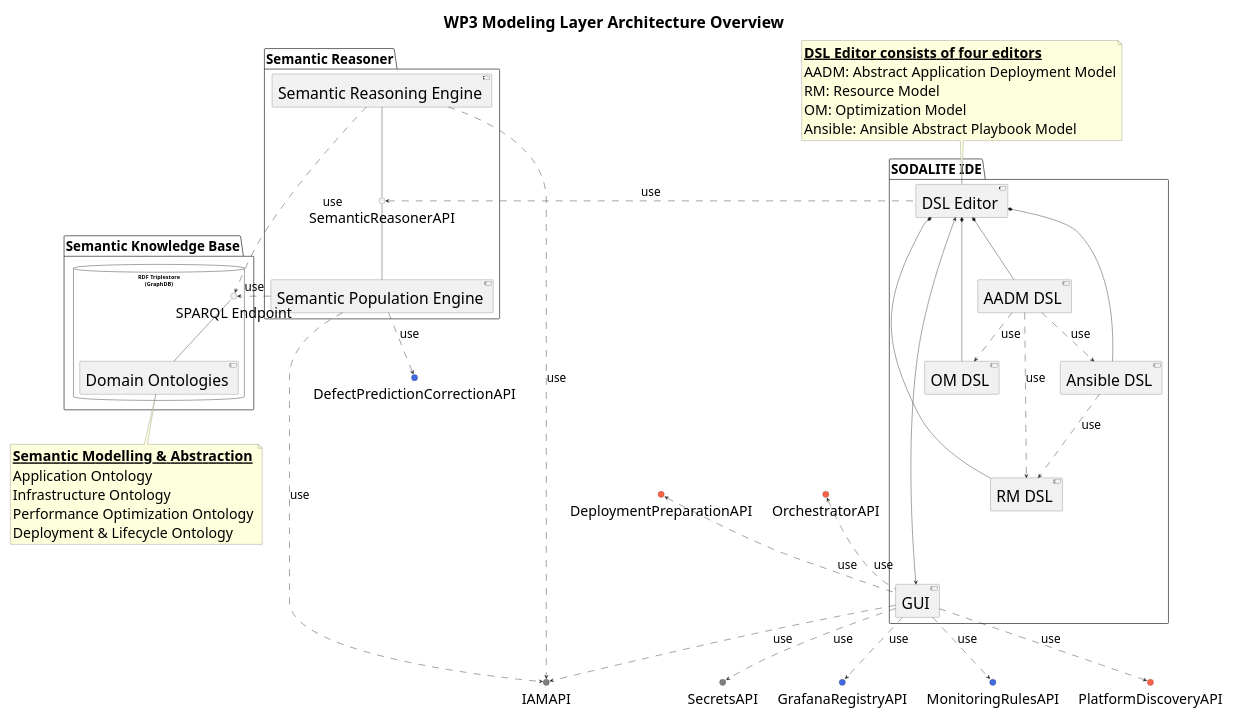
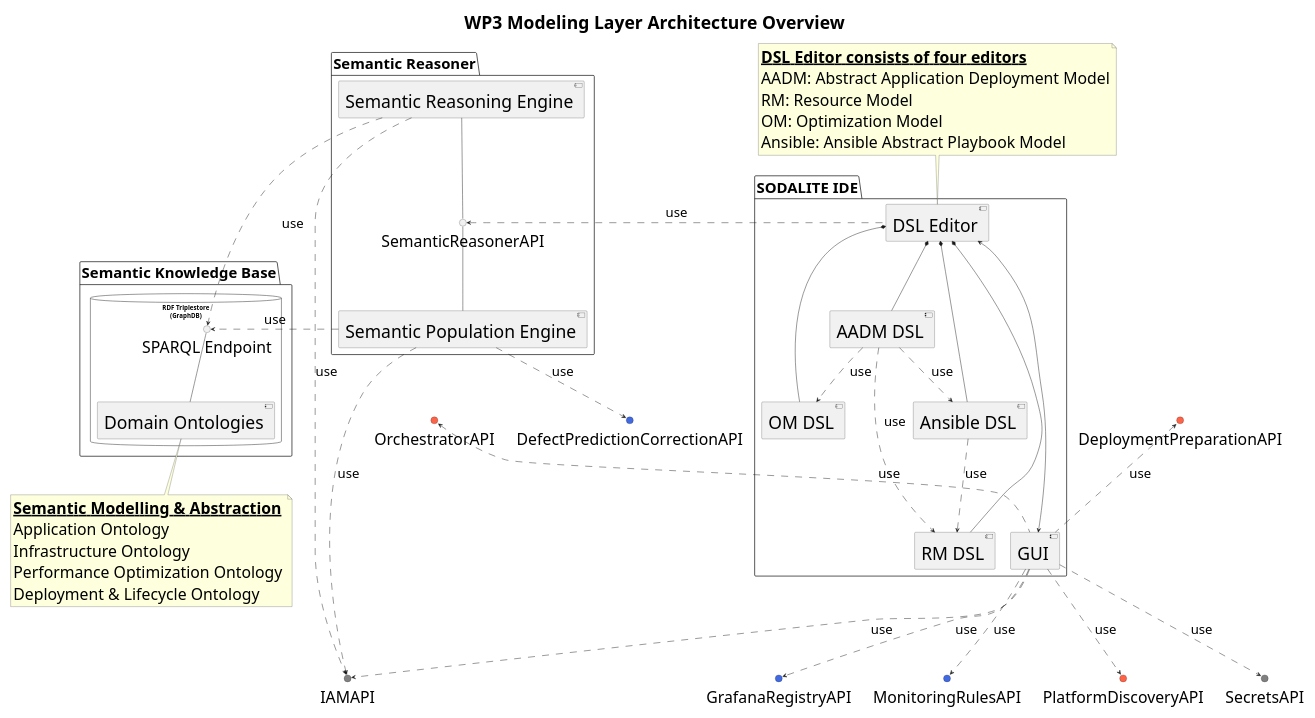
The diagram in uml/component-diagrams/CD-WP3-ArchitectureOverview.puml (SODALITE-EU/project-wide-documentation), drawn with PlantUML before and after one commit.

```diff
--- a/uml/component-diagrams/CD-WP3-ArchitectureOverview.puml
+++ b/uml/component-diagrams/CD-WP3-ArchitectureOverview.puml
@@ -1,85 +1,85 @@
 @startuml
 title WP3 Modeling Layer Architecture Overview
 skinparam componentFontSize 40
 skinparam componentArrowFontSize 30
 skinparam packageFontSize 34
 skinparam interfaceFontSize 36
 skinparam titleFontSize 40
 skinparam NoteFontSize 36
 
 interface "IAMAPI" as AAUAPI #808080
 interface "SecretsAPI" as SecretsAPI #808080
 interface "DeploymentPreparationAPI" as deploymentPreparationAPI #FF6347
 interface "DefectPredictionCorrectionAPI" as correctionAPI #4169E1
 interface "GrafanaRegistryAPI" as GrafanaRegistryAPI #4169E1
 interface "MonitoringRulesAPI" as monitoringRulesAPI #4169E1
 interface "OrchestratorAPI" as orchestratorAPI #FF6347
 interface "PlatformDiscoveryAPI" as PDS #FF6347
 
 package "SODALITE IDE" as IDE {
     component [DSL Editor] as ideDSLeditor
     component [AADM DSL] as AADM
     component [RM DSL] as RM
     component [OM DSL] as OM
     component [Ansible DSL] as Ansible
 
     ideDSLeditor *-- AADM
     ideDSLeditor *-- RM
     ideDSLeditor *-- OM
     ideDSLeditor *-- Ansible
     AADM ..> Ansible: use
     AADM ..> RM: use
     AADM ..> OM: use
     Ansible ..> RM :use
     component [GUI] as ideGUI
 }
 
 note top of ideDSLeditor
    __**DSL Editor consists of four editors**__ 
    AADM: Abstract Application Deployment Model
    RM: Resource Model
    OM: Optimization Model
    Ansible: Ansible Abstract Playbook Model
 end note
 
 
 package "Semantic Reasoner" as res {
     interface "SemanticReasonerAPI" as resAPI
     component [Semantic Population Engine] as resPopulationEngine
     component [Semantic Reasoning Engine] as resReasoningEngine
 }
 
 package "Semantic Knowledge Base" as repo {
     database "RDF Triplestore\n(GraphDB)" as triplestore {
         interface "SPARQL Endpoint" as repoEndpoint
         scale 700 height
         component [Domain Ontologies] as repoOntologies
     }
 }
 
 note bottom of repoOntologies
    __**Semantic Modelling & Abstraction**__ 
    Application Ontology
    Infrastructure Ontology
    Performance Optimization Ontology
    Deployment & Lifecycle Ontology
 end note
 
 ideGUI ..> PDS : use
 resAPI -down- resPopulationEngine
 resAPI -up- resReasoningEngine
 ideDSLeditor .left.> resAPI: use
-ideDSLeditor <-down----> ideGUI 
+ideDSLeditor <-down---> ideGUI 
 repoOntologies -up- repoEndpoint
-resPopulationEngine .right.> repoEndpoint: use
-resReasoningEngine .right.> repoEndpoint: use
+resPopulationEngine ..right...> repoEndpoint: use
+resReasoningEngine ..right....> repoEndpoint: use
 resReasoningEngine ..> AAUAPI: use
 resPopulationEngine ..> correctionAPI: use
 resPopulationEngine ..> AAUAPI: use
 ideGUI .up.> deploymentPreparationAPI : use
 ideGUI ..> GrafanaRegistryAPI : use
 ideGUI ..> monitoringRulesAPI : use
 ideGUI ..> SecretsAPI : use
 ideGUI .up.> orchestratorAPI : use
 ideGUI ..> AAUAPI: use
 @enduml
```
